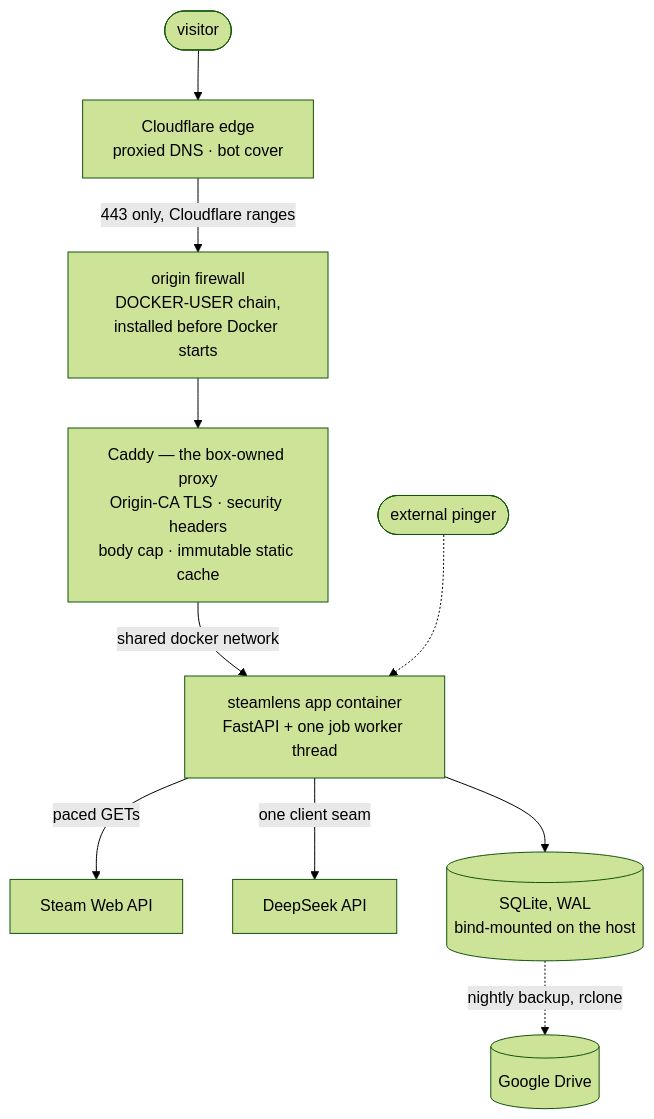
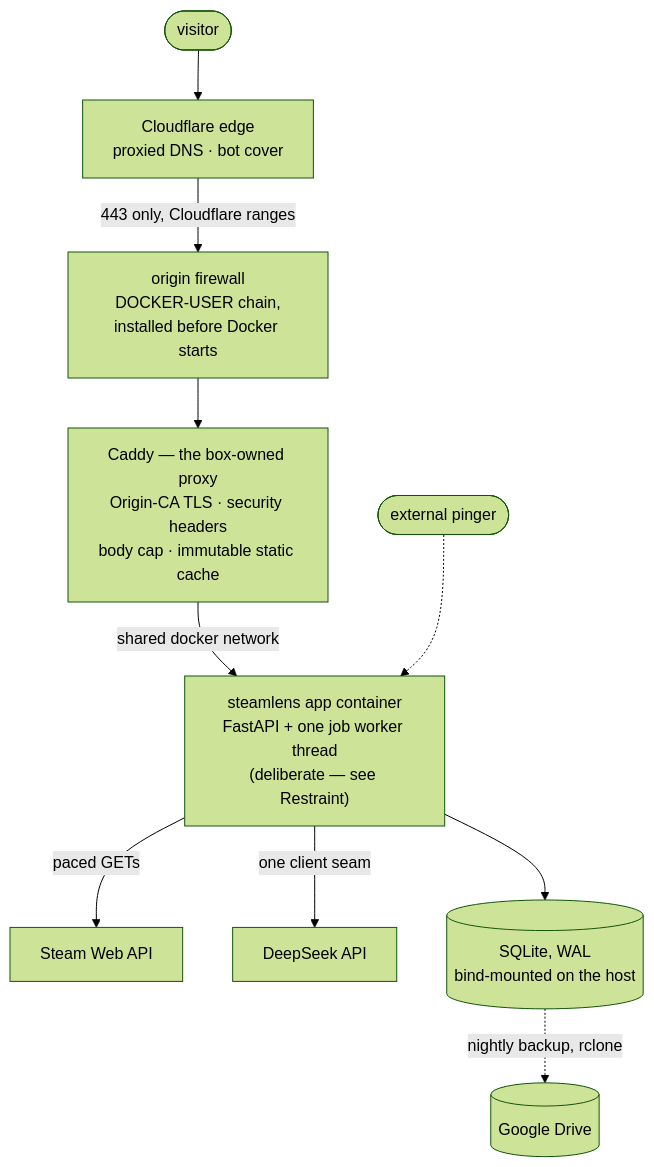
The first of 4 diagrams in ARCHITECTURE.md (arda-basarici/steam-lens), drawn with Mermaid (forest theme) before and after one commit. The commit also changed 5 other files, not shown here.

````diff
--- a/ARCHITECTURE.md
+++ b/ARCHITECTURE.md
@@ -18,20 +18,21 @@
 ```mermaid
 %%{init: {"flowchart": {"diagramPadding": 150}}}%%
 flowchart TD
     V([visitor]) --> CF["`Cloudflare edge
     proxied DNS · bot cover`"]
     CF -->|"443 only, Cloudflare ranges"| FW["`origin firewall
     DOCKER-USER chain,
     installed before Docker starts`"]
     FW --> CADDY["`Caddy — the box-owned proxy
     Origin-CA TLS · security headers
     body cap · immutable static cache`"]
     CADDY -->|"shared docker network"| APP["`steamlens app container
-    FastAPI + one job worker thread`"]
+    FastAPI + one job worker thread
+    (deliberate — see Restraint)`"]
     PING(["external pinger"]) -.-> APP
     APP -->|"paced GETs"| STEAM["Steam Web API"]
     APP -->|"one client seam"| LLM["DeepSeek API"]
     APP --> DB[("`SQLite, WAL
     bind-mounted on the host`")]
     DB -.->|"nightly backup, rclone"| DRIVE[("Google Drive")]
 ```
````
